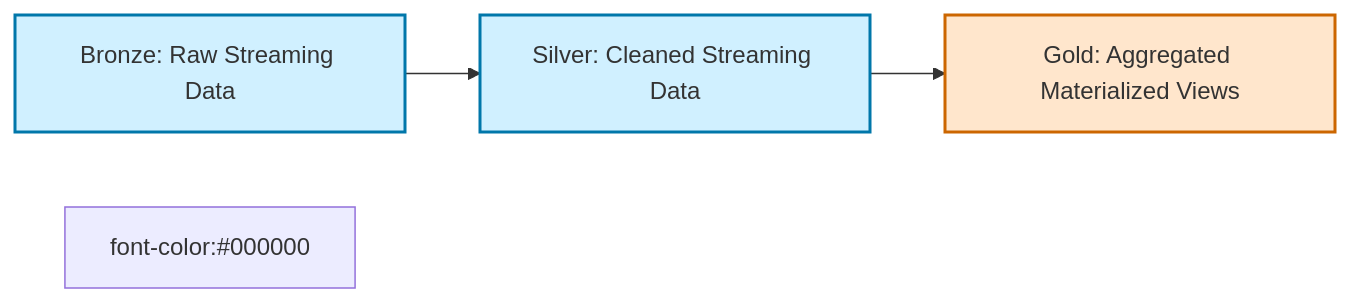
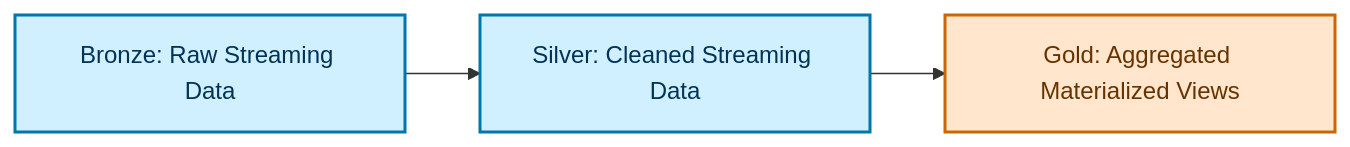
The first of 4 diagrams in notes/Lakeflow-Declarative-Tables.md (AxelEspinosa94/databricks-de-2026), drawn with Mermaid before and after one commit.

Commit message:
Changed Mermaid's font-color

````diff
--- a/notes/Lakeflow-Declarative-Tables.md
+++ b/notes/Lakeflow-Declarative-Tables.md
@@ -96,12 +96,12 @@
 ```mermaid
 flowchart LR
-    A[Bronze: Raw Streaming Data] --> B[Silver: Cleaned Streaming Data]
-    B --> C[Gold: Aggregated Materialized Views]
+    A["Bronze: Raw Streaming Data"] --> B["Silver: Cleaned Streaming Data"]
+    B --> C["Gold: Aggregated Materialized Views"]
 
     A:::stream
     B:::stream
     C:::mv
 
-    classDef stream fill:#d0f0ff,stroke:#0077aa,stroke-width:2px;font-color:#000000;
-    classDef mv fill:#ffe6cc,stroke:#cc6600,stroke-width:2px;font-color:#000000;
+    classDef stream fill:#d0f0ff,stroke:#0077aa,stroke-width:2px,color:#003355;
+    classDef mv fill:#ffe6cc,stroke:#cc6600,stroke-width:2px,color:#663300;
 ```
````
